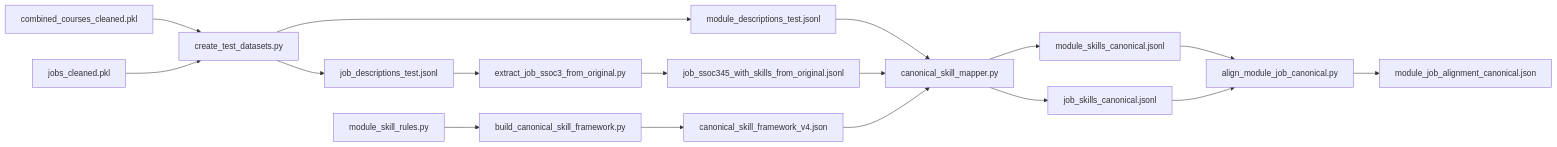
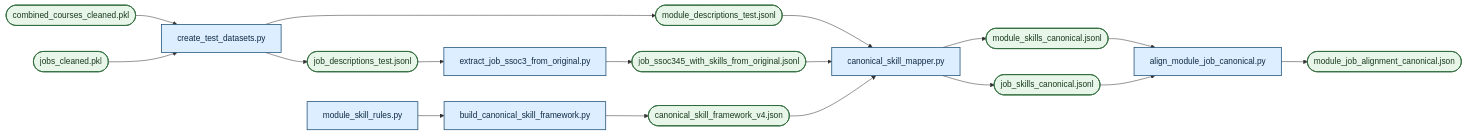
The diagram in technical-report/technical_report.md (jonleewh/DSA4264-Project), drawn with Mermaid before and after one commit. The commit also changed other lines of this file, not shown here.

Commit message:
WIP technical report edits

````diff
--- a/technical-report/technical_report.md
+++ b/technical-report/technical_report.md
@@ -282,19 +266,25 @@
 ```mermaid
 flowchart LR
-    A["combined_courses_cleaned.pkl"] --> C["create_test_datasets.py"]
-    B["jobs_cleaned.pkl"] --> C["create_test_datasets.py"]
-    C --> D["module_descriptions_test.jsonl"]
-    C --> E["job_descriptions_test.jsonl"]
-    F["module_skill_rules.py"] --> G["build_canonical_skill_framework.py"]
-    G --> H["canonical_skill_framework_v4.json"]
-    E --> I["extract_job_ssoc3_from_original.py"]
-    I --> J["job_ssoc345_with_skills_from_original.jsonl"]
-    D --> K["canonical_skill_mapper.py"]
-    J --> K["canonical_skill_mapper.py"]
+    A([combined_courses_cleaned.pkl]) --> C[create_test_datasets.py]
+    B([jobs_cleaned.pkl]) --> C
+    C --> D([module_descriptions_test.jsonl])
+    C --> E([job_descriptions_test.jsonl])
+    F[module_skill_rules.py] --> G[build_canonical_skill_framework.py]
+    G --> H([canonical_skill_framework_v4.json])
+    E --> I[extract_job_ssoc3_from_original.py]
+    I --> J([job_ssoc345_with_skills_from_original.jsonl])
+    D --> K[canonical_skill_mapper.py]
+    J --> K
     H --> K
-    K --> L["module_skills_canonical.jsonl"]
-    K --> M["job_skills_canonical.jsonl"]
-    L --> N["align_module_job_canonical.py"]
+    K --> L([module_skills_canonical.jsonl])
+    K --> M([job_skills_canonical.jsonl])
+    L --> N[align_module_job_canonical.py]
     M --> N
-    N --> O["module_job_alignment_canonical.json"]
+    N --> O([module_job_alignment_canonical.json])
+
+    classDef script fill:#dceeff,stroke:#24557a,stroke-width:1.5px,color:#102a43;
+    classDef data fill:#e8f5e9,stroke:#2f6b3a,stroke-width:1.5px,color:#183a1d;
+
+    class C,G,I,K,N,F script;
+    class A,B,D,E,H,J,L,M,O data;
 ```
````
